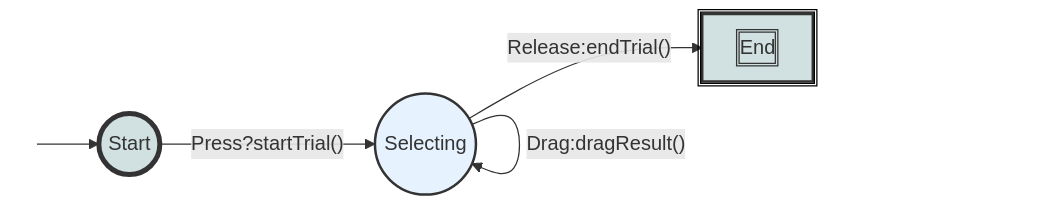
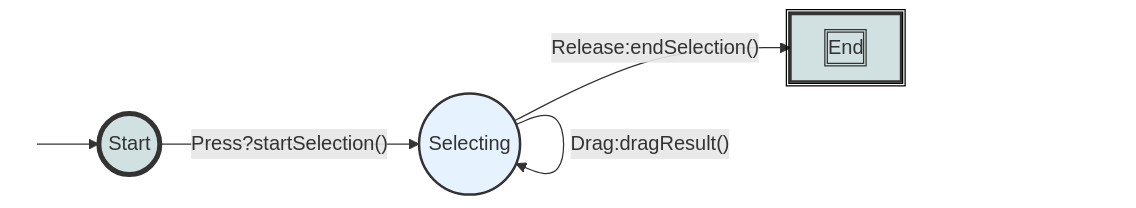
One commit to jmankoff/interaction changed the diagram in assignments/menus.md. Above: the diagram before and after it, drawn with Mermaid. The commit also changed other lines of this file, not shown here.

```diff
--- a/assignments/menus.md
+++ b/assignments/menus.md
@@ -186,17 +186,17 @@
 <div class="mermaid">
 graph LR
 S((.)) --> A((Start))
-A -- "Press?startTrial()" --> I((Selecting))
-I -- "Release:endTrial()" --> E[End]
+A -- "Press?startSelection()" --> I((Selecting))
+I -- "Release:endSelection()" --> E[End]
 I -- "Drag:dragResult()" --> I
 
 classDef finish outline-style:double,fill:#d1e0e0,stroke:#333,stroke-width:2px;
 classDef normal fill:#e6f3ff,stroke:#333,stroke-width:2px;
 classDef start fill:#d1e0e0,stroke:#333,stroke-width:4px;
 classDef invisible fill:#FFFFFF,stroke:#FFFFFF,color:#FFFFFF
 
 class S invisible
 class A start
 class E finish
 class I normal
 </div>
```
